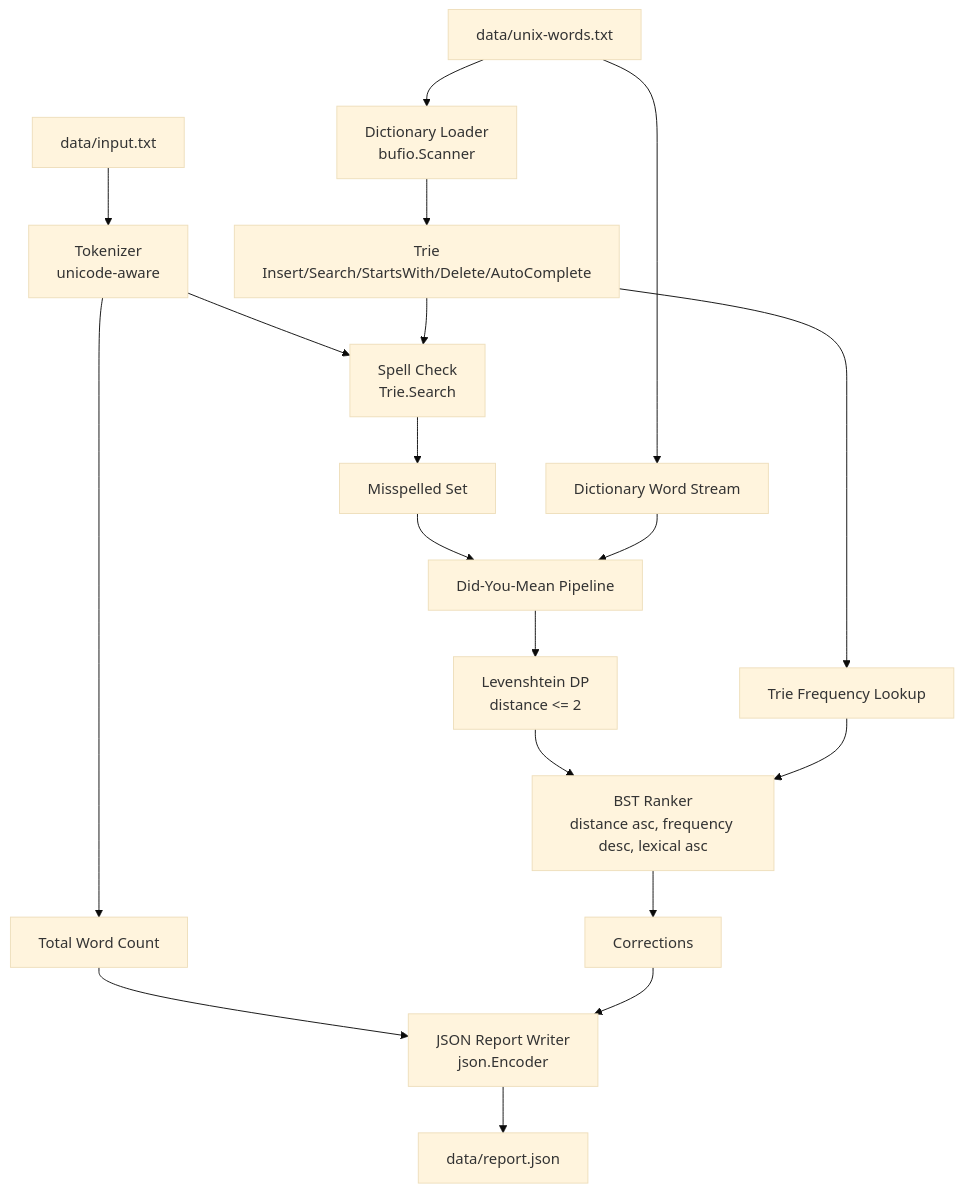
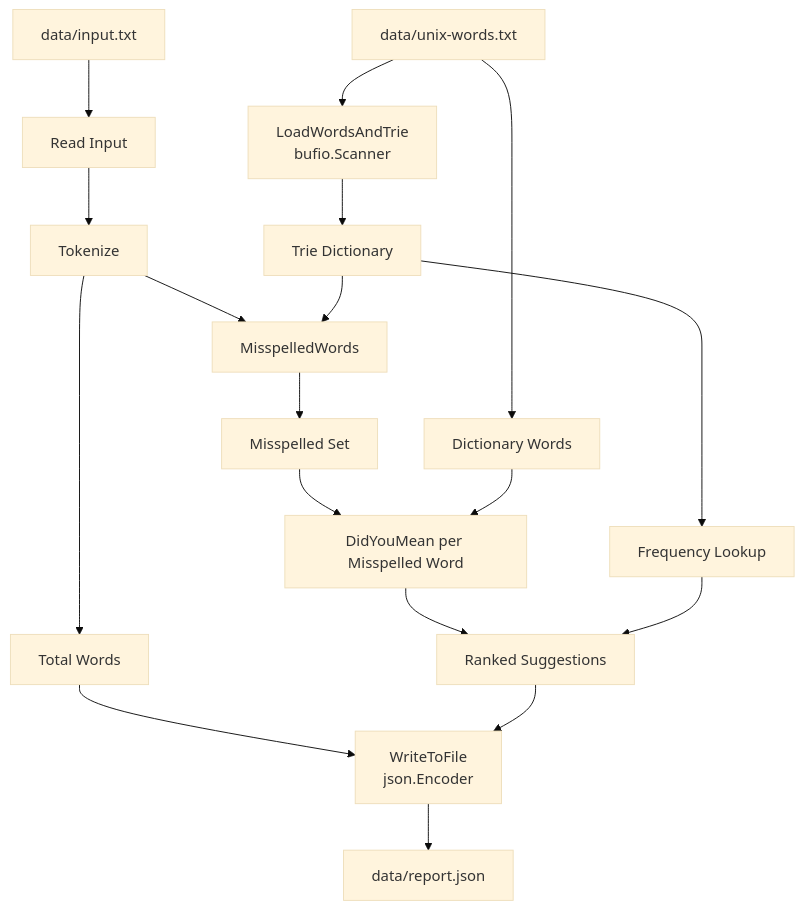
Before and after one commit to jainam-panchal/nextgen-training: the first of 3 diagrams in 11-day/spellchecker/README.md, drawn with Mermaid (base theme). The commit also changed other lines of this file, not shown here.

Commit message:
updated mermaid graph

````diff
--- a/11-day/spellchecker/README.md
+++ b/11-day/spellchecker/README.md
@@ -18,21 +20,20 @@
 ```mermaid
 flowchart TD
-    D[data/unix-words.txt] --> L[Dictionary Loader<br/>bufio.Scanner]
-    L --> T[Trie<br/>Insert/Search/StartsWith/Delete/AutoComplete]
-    I[data/input.txt] --> TK[Tokenizer<br/>unicode-aware]
-    TK --> SC[Spell Check<br/>Trie.Search]
-    T --> SC
-    SC --> M[Misspelled Set]
-    M --> DY[Did-You-Mean Pipeline]
-    D --> W[Dictionary Word Stream]
-    W --> DY
-    DY --> LV[Levenshtein DP<br/>distance <= 2]
-    T --> FQ[Trie Frequency Lookup]
-    LV --> BST[BST Ranker<br/>distance asc, frequency desc, lexical asc]
-    FQ --> BST
-    BST --> R[Corrections]
-    TK --> TW[Total Word Count]
-    TW --> J[JSON Report Writer<br/>json.Encoder]
-    R --> J
-    J --> O[data/report.json]
+    D[data/unix-words.txt] --> L[LoadWordsAndTrie<br/>bufio.Scanner]
+    L --> T[Trie Dictionary]
+    IN[data/input.txt] --> R1[Read Input]
+    R1 --> TK[Tokenize]
+    TK --> C1[MisspelledWords]
+    T --> C1
+    C1 --> M[Misspelled Set]
+    M --> DYM[DidYouMean per Misspelled Word]
+    D --> DW[Dictionary Words]
+    DW --> DYM
+    T --> FQ[Frequency Lookup]
+    DYM --> RP[Ranked Suggestions]
+    FQ --> RP
+    TK --> TW[Total Words]
+    TW --> WR[WriteToFile<br/>json.Encoder]
+    RP --> WR
+    WR --> OUT[data/report.json]
 ```
````
